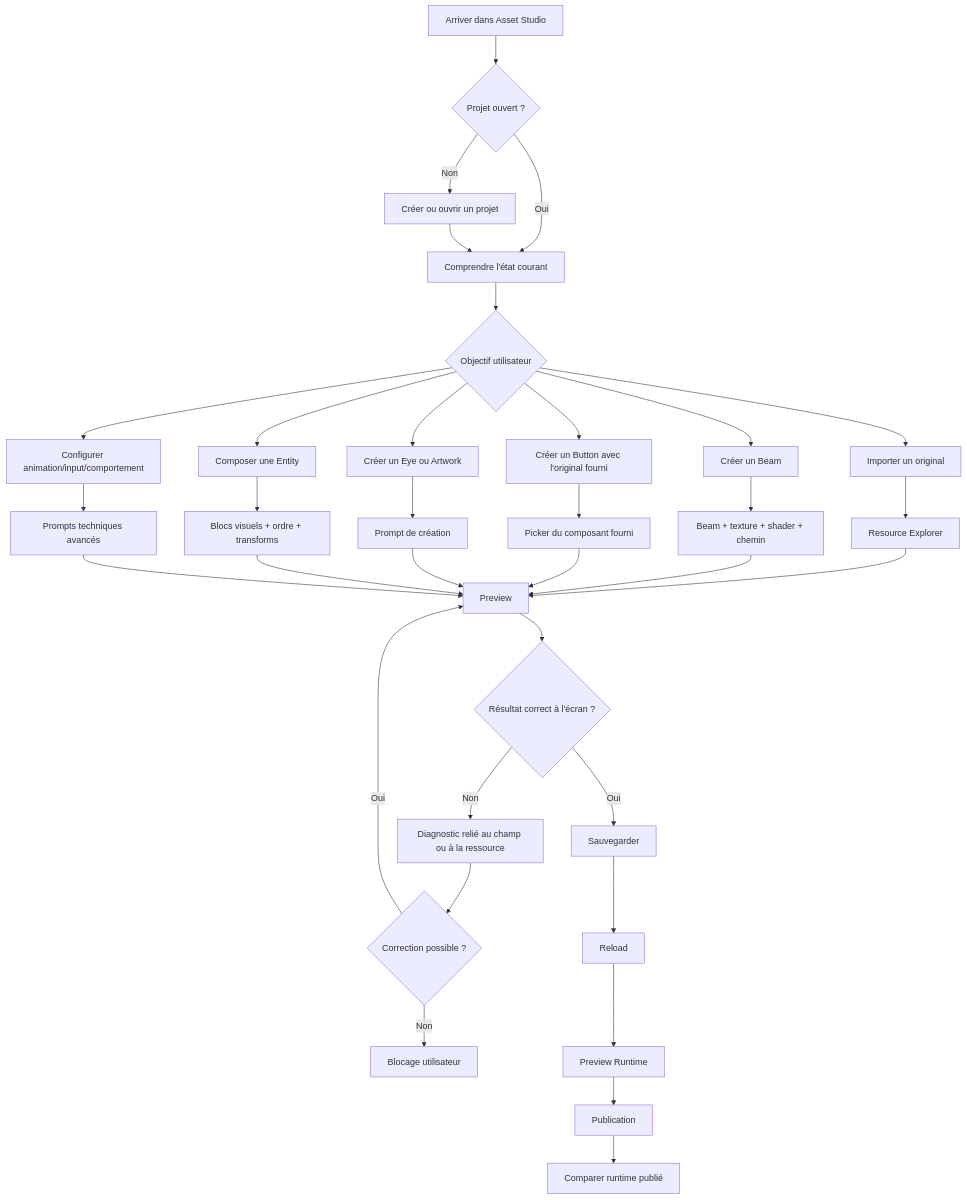
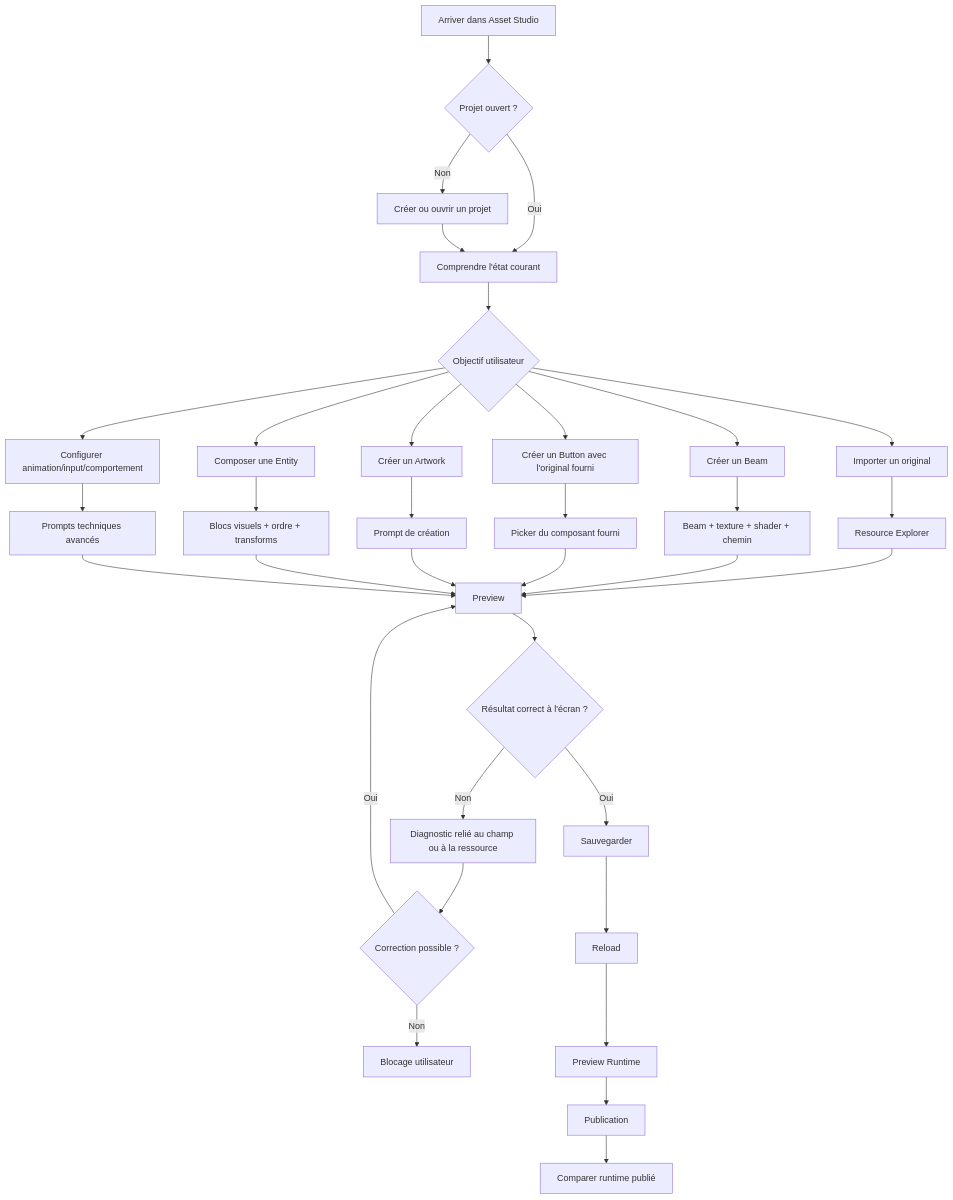
Before and after one commit to tristan-monticelli/vertex-loom: the first of 2 diagrams in docs/checklists/asset-studio-user-path-audit-2026-08-31.md, drawn with Mermaid. The commit also changed other lines of this file and 1 other file, not shown here.

````diff
--- a/docs/checklists/asset-studio-user-path-audit-2026-08-31.md
+++ b/docs/checklists/asset-studio-user-path-audit-2026-08-31.md
@@ -15,36 +15,36 @@
 ```mermaid
 flowchart TD
     A[Arriver dans Asset Studio] --> B{Projet ouvert ?}
     B -->|Non| C[Créer ou ouvrir un projet]
     B -->|Oui| D[Comprendre l'état courant]
     C --> D
     D --> E{Objectif utilisateur}
     E --> F[Importer un original]
     E --> G[Créer un Beam]
     E --> H[Créer un Button avec l'original fourni]
-    E --> I[Créer un Eye ou Artwork]
+    E --> I[Créer un Artwork]
     E --> J[Composer une Entity]
     E --> K[Configurer animation/input/comportement]
     F --> L[Resource Explorer]
     G --> M[Beam + texture + shader + chemin]
     H --> N[Picker du composant fourni]
     I --> O[Prompt de création]
     J --> P[Blocs visuels + ordre + transforms]
     K --> Q[Prompts techniques avancés]
     L --> R[Preview]
     M --> R
     N --> R
     O --> R
     P --> R
     Q --> R
     R --> S{Résultat correct à l'écran ?}
     S -->|Non| T[Diagnostic relié au champ ou à la ressource]
     S -->|Oui| U[Sauvegarder]
     T --> V{Correction possible ?}
     V -->|Oui| R
     V -->|Non| X[Blocage utilisateur]
     U --> W[Reload]
     W --> Y[Preview Runtime]
     Y --> Z[Publication]
     Z --> AA[Comparer runtime publié]
 ```
````
